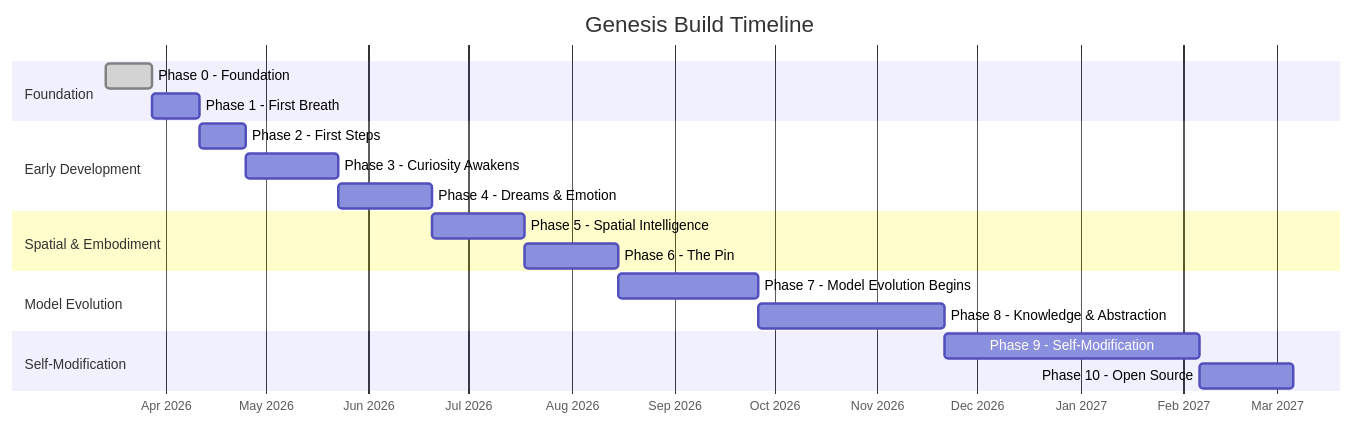
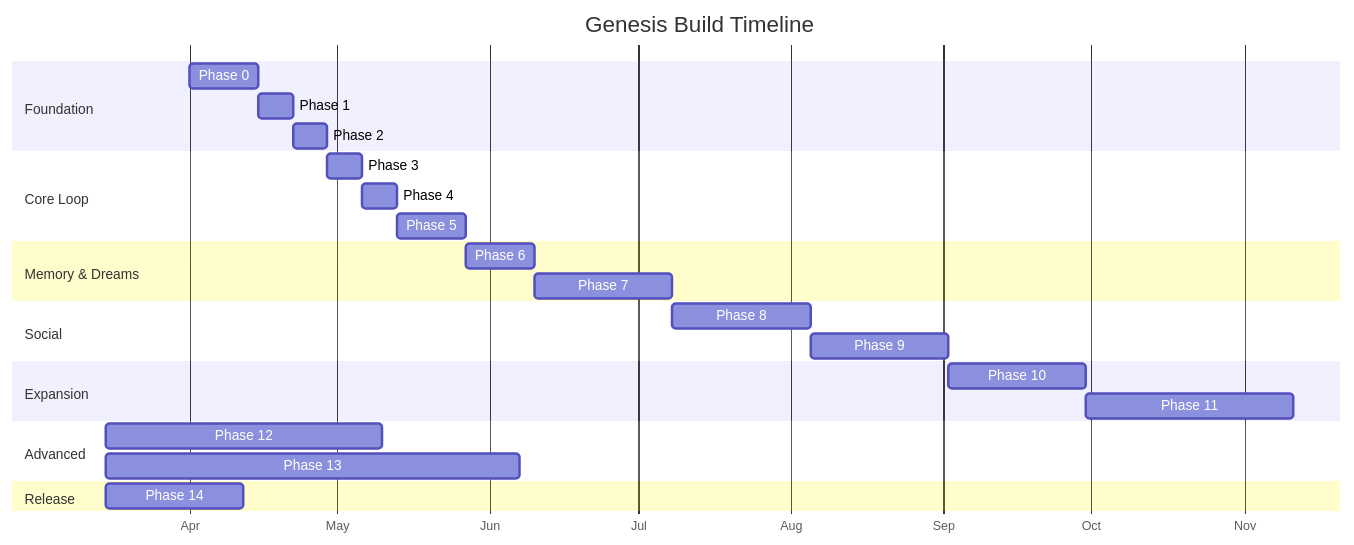
Before and after one commit to AngusMcGlynn/genesis: the third of 3 diagrams in README.md, drawn with Mermaid. The commit also changed other lines of this file, not shown here.

````diff
--- a/README.md
+++ b/README.md
@@ -795,27 +1233,35 @@
 ```mermaid
 gantt
     title Genesis Build Timeline
     dateFormat YYYY-MM-DD
-    axisFormat %b %Y
+    axisFormat %b
 
     section Foundation
-    Phase 0 - Foundation           :done, p0, 2026-03-14, 14d
-    Phase 1 - First Breath         :p1, after p0, 14d
+    Phase 0: Foundation           :p0, 2026-04-01, 14d
+    Phase 1: Movement             :p1, after p0, 7d
+    Phase 2: First Prediction     :p2, after p1, 7d
 
-    section Early Development
-    Phase 2 - First Steps          :p2, after p1, 14d
-    Phase 3 - Curiosity Awakens    :p3, after p2, 28d
-    Phase 4 - Dreams & Emotion     :p4, after p3, 28d
+    section Core Loop
+    Phase 3: World Model          :p3, after p2, 7d
+    Phase 4: LLM Reasoning        :p4, after p3, 7d
+    Phase 5: Autonomy             :p5, after p4, 14d
 
-    section Spatial & Embodiment
-    Phase 5 - Spatial Intelligence  :p5, after p4, 28d
-    Phase 6 - The Pin              :p6, after p5, 28d
+    section Memory & Dreams
+    Phase 6: Memory + Temporal    :p6, after p5, 14d
+    Phase 7: Dreaming + Evolution :p7, after p6, 28d
 
-    section Model Evolution
-    Phase 7 - Model Evolution Begins :p7, after p6, 42d
-    Phase 8 - Knowledge & Abstraction :p8, after p7, 56d
+    section Social
+    Phase 8: Social + Self-Naming :p8, after p7, 28d
+    Phase 9: Spatial Intelligence :p9, after p8, 28d
 
-    section Self-Modification
-    Phase 9 - Self-Modification     :p9, after p8, 77d
-    Phase 10 - Open Source          :p10, after p9, 28d
+    section Expansion
+    Phase 10: The Pin             :p10, after p9, 28d
+    Phase 11: Model Evolution     :p11, after p10, 42d
+
+    section Advanced
+    Phase 12: Knowledge           :p12, after p11, 56d
+    Phase 13: Self-Modification   :p13, after p12, 84d
+
+    section Release
+    Phase 14: Open Source         :p14, after p13, 28d
 ```
````
